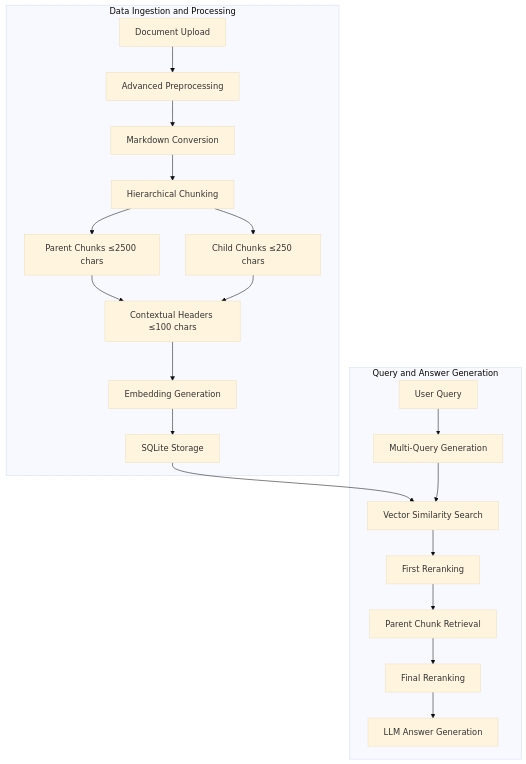
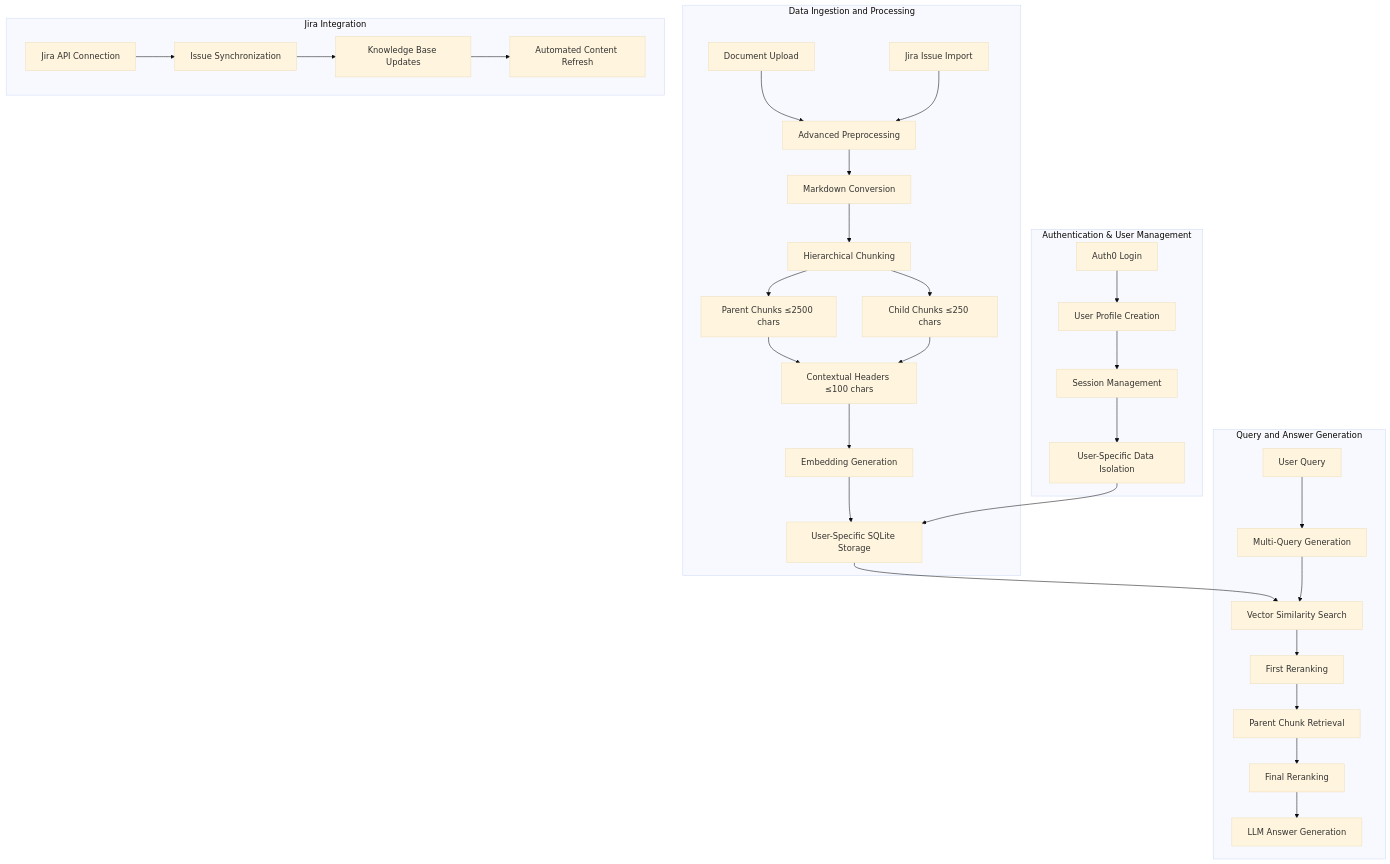
The diagram in README.md (sft3hy/improved-rag), drawn with Mermaid (base theme) before and after one commit. The commit also changed other lines of this file, not shown here.

````diff
--- a/README.md
+++ b/README.md
@@ -16,24 +17,38 @@
 ```mermaid
 graph TD
+    subgraph "Authentication & User Management"
+        Z[Auth0 Login] --> AA[User Profile Creation]
+        AA --> BB[Session Management]
+        BB --> CC[User-Specific Data Isolation]
+    end
+
     subgraph "Data Ingestion and Processing"
         A[Document Upload] --> B[Advanced Preprocessing]
+        A1[Jira Issue Import] --> B
         B --> C[Markdown Conversion]
         C --> D[Hierarchical Chunking]
         D --> E[Parent Chunks ≤2500 chars]
         D --> F[Child Chunks ≤250 chars]
         E --> G[Contextual Headers ≤100 chars]
         F --> G
         G --> H[Embedding Generation]
-        H --> I[SQLite Storage]
+        H --> I[User-Specific SQLite Storage]
+        CC --> I
     end
 
     subgraph "Query and Answer Generation"
         J[User Query] --> K[Multi-Query Generation]
         I --> L[Vector Similarity Search]
         K --> L
         L --> M[First Reranking]
         M --> N[Parent Chunk Retrieval]
         N --> O[Final Reranking]
         O --> P[LLM Answer Generation]
     end
+
+    subgraph "Jira Integration"
+        Q[Jira API Connection] --> R[Issue Synchronization]
+        R --> S[Knowledge Base Updates]
+        S --> T[Automated Content Refresh]
+    end
 ```
````
